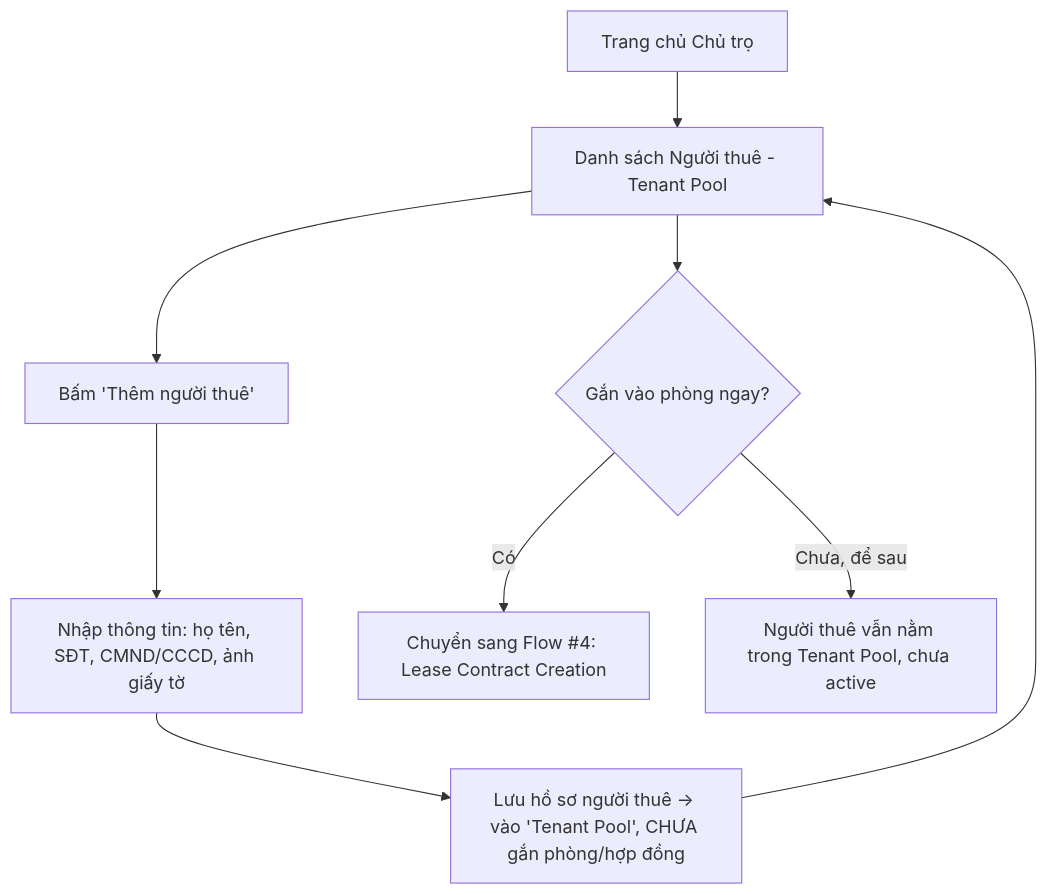
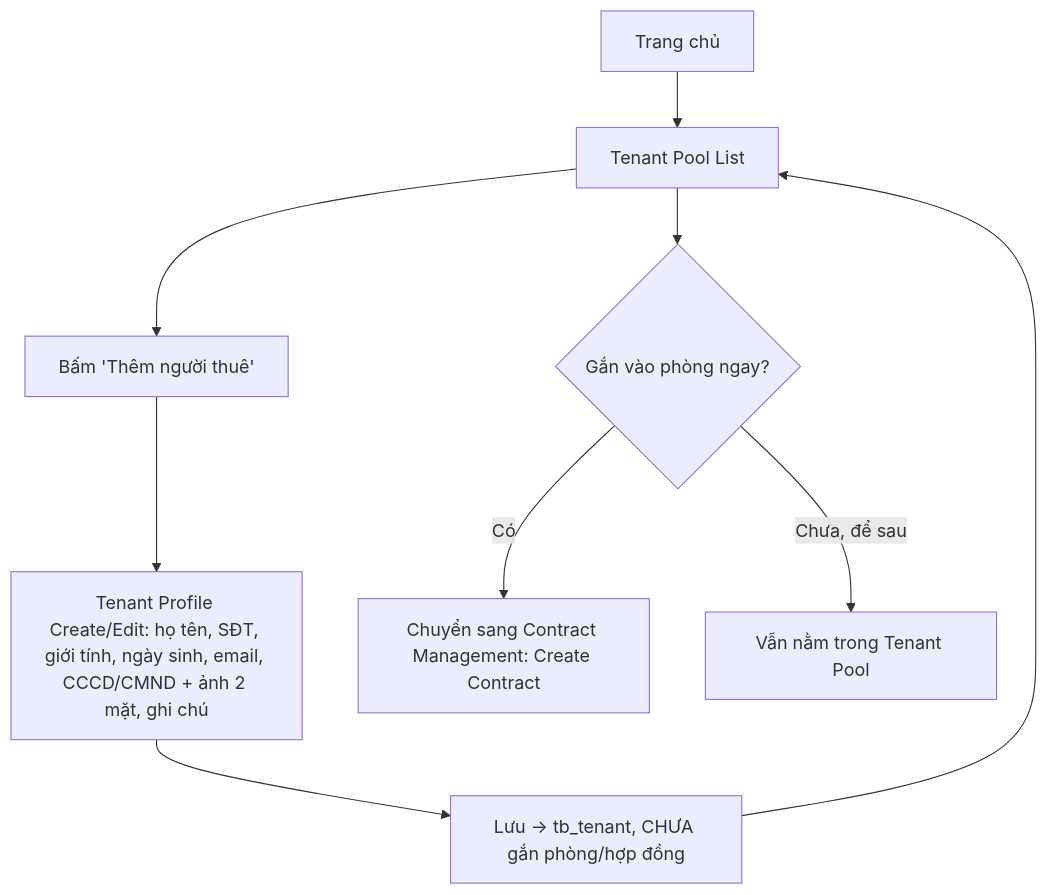
One commit to townsoft-dev/biztown-rent changed the fifth of 10 diagrams in docs/USER-FLOWS.md. Above: the diagram before and after it, drawn with Mermaid. The commit also changed other lines of this file and 3 other files, not shown here.

Commit message:
chỉnh sửa decicions.md, business-rules.md, product-overview.md, user-flows.md version 2, thu gọn phạm vi phase 1

````diff
--- a/docs/USER-FLOWS.md
+++ b/docs/USER-FLOWS.md
@@ -99,11 +106,11 @@
 ```mermaid
 flowchart TD
-    A[Trang chủ Chủ trọ] --> B[Danh sách Người thuê - Tenant Pool]
+    A[Trang chủ] --> B[Tenant Pool List]
     B --> C[Bấm 'Thêm người thuê']
-    C --> D[Nhập thông tin: họ tên, SĐT, CMND/CCCD, ảnh giấy tờ]
-    D --> E[Lưu hồ sơ người thuê -> vào 'Tenant Pool', CHƯA gắn phòng/hợp đồng]
+    C --> D[Tenant Profile Create/Edit: họ tên, SĐT, giới tính, ngày sinh, email, CCCD/CMND + ảnh 2 mặt, ghi chú]
+    D --> E[Lưu -> tb_tenant, CHƯA gắn phòng/hợp đồng]
     E --> B
     B --> F{Gắn vào phòng ngay?}
-    F -- Có --> G[Chuyển sang Flow #4: Lease Contract Creation]
-    F -- Chưa, để sau --> H[Người thuê vẫn nằm trong Tenant Pool, chưa active]
+    F -- Có --> G[Chuyển sang Contract Management: Create Contract]
+    F -- Chưa, để sau --> H[Vẫn nằm trong Tenant Pool]
 ```
````
